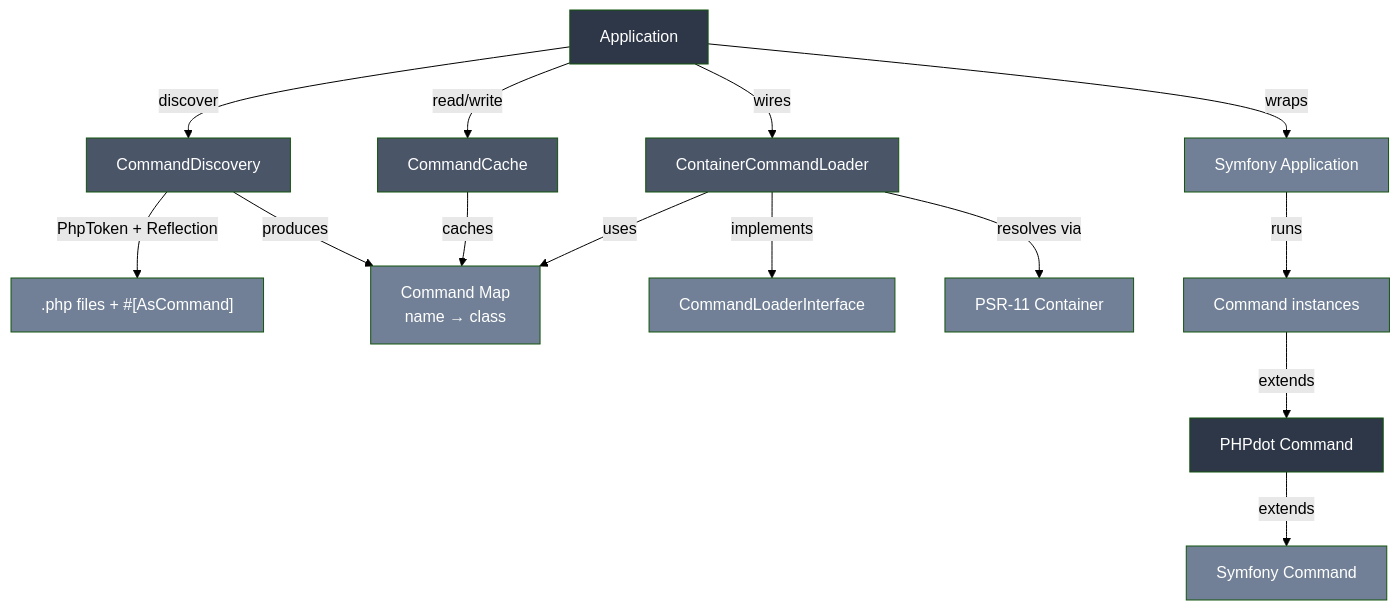
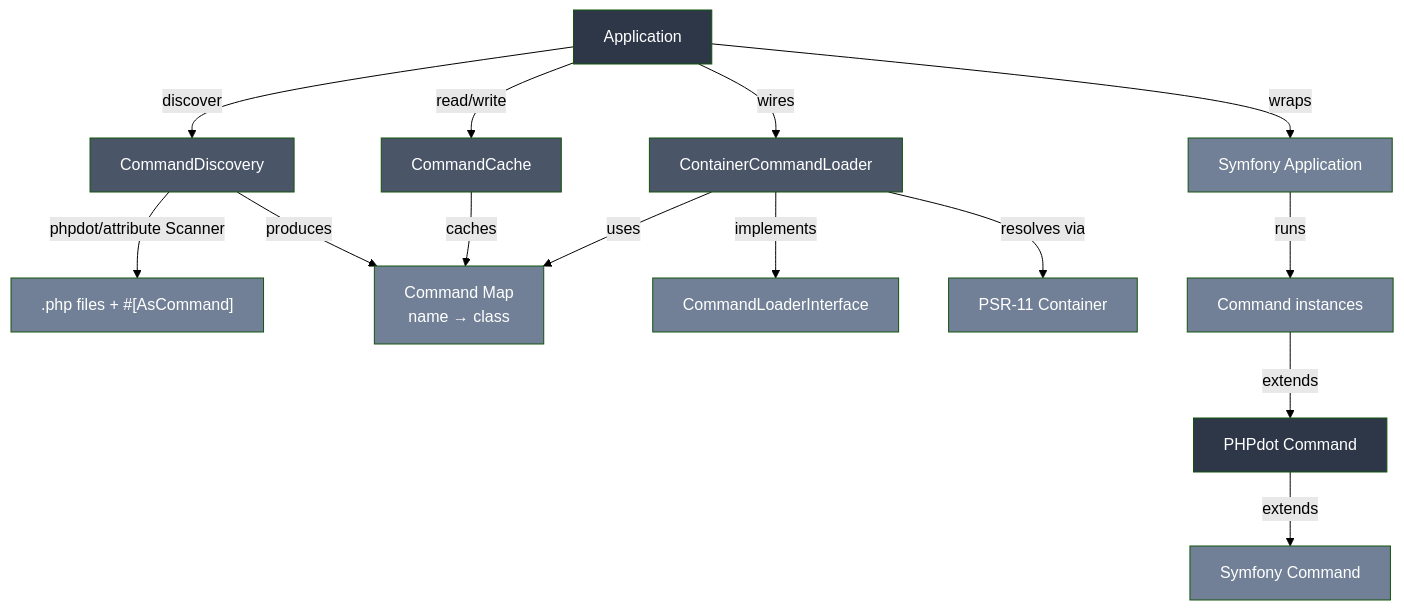
One commit to phpdot/console changed the diagram in README.md. Above: the diagram before and after it, drawn with Mermaid (forest theme). The commit also changed other lines of this file and 5 other files, not shown here.

First line of the commit message:
Take ConsoleConfig in Application; use phpdot/attribute for discovery

````diff
--- a/README.md
+++ b/README.md
@@ -13,32 +13,32 @@
 ```mermaid
 graph TD
     APP[Application] -->|wraps| SA[Symfony Application]
     APP -->|discover| CD[CommandDiscovery]
     APP -->|read/write| CC[CommandCache]
     APP -->|wires| CCL[ContainerCommandLoader]
 
-    CD -->|PhpToken + Reflection| FILES[".php files + #[AsCommand]"]
+    CD -->|phpdot/attribute Scanner| FILES[".php files + #[AsCommand]"]
     CD -->|produces| MAP["Command Map<br/>name → class"]
     CC -->|caches| MAP
 
     CCL -->|implements| CLI[CommandLoaderInterface]
     CCL -->|resolves via| PSR[PSR-11 Container]
     CCL -->|uses| MAP
 
     SA -->|runs| CMD[Command instances]
     CMD -->|extends| BASE[PHPdot Command]
     BASE -->|extends| SC[Symfony Command]
 
     style APP fill:#2d3748,color:#fff
     style BASE fill:#2d3748,color:#fff
     style CCL fill:#4a5568,color:#fff
     style CD fill:#4a5568,color:#fff
     style CC fill:#4a5568,color:#fff
     style SA fill:#718096,color:#fff
     style PSR fill:#718096,color:#fff
     style SC fill:#718096,color:#fff
     style MAP fill:#718096,color:#fff
     style FILES fill:#718096,color:#fff
     style CLI fill:#718096,color:#fff
     style CMD fill:#718096,color:#fff
 ```
````
